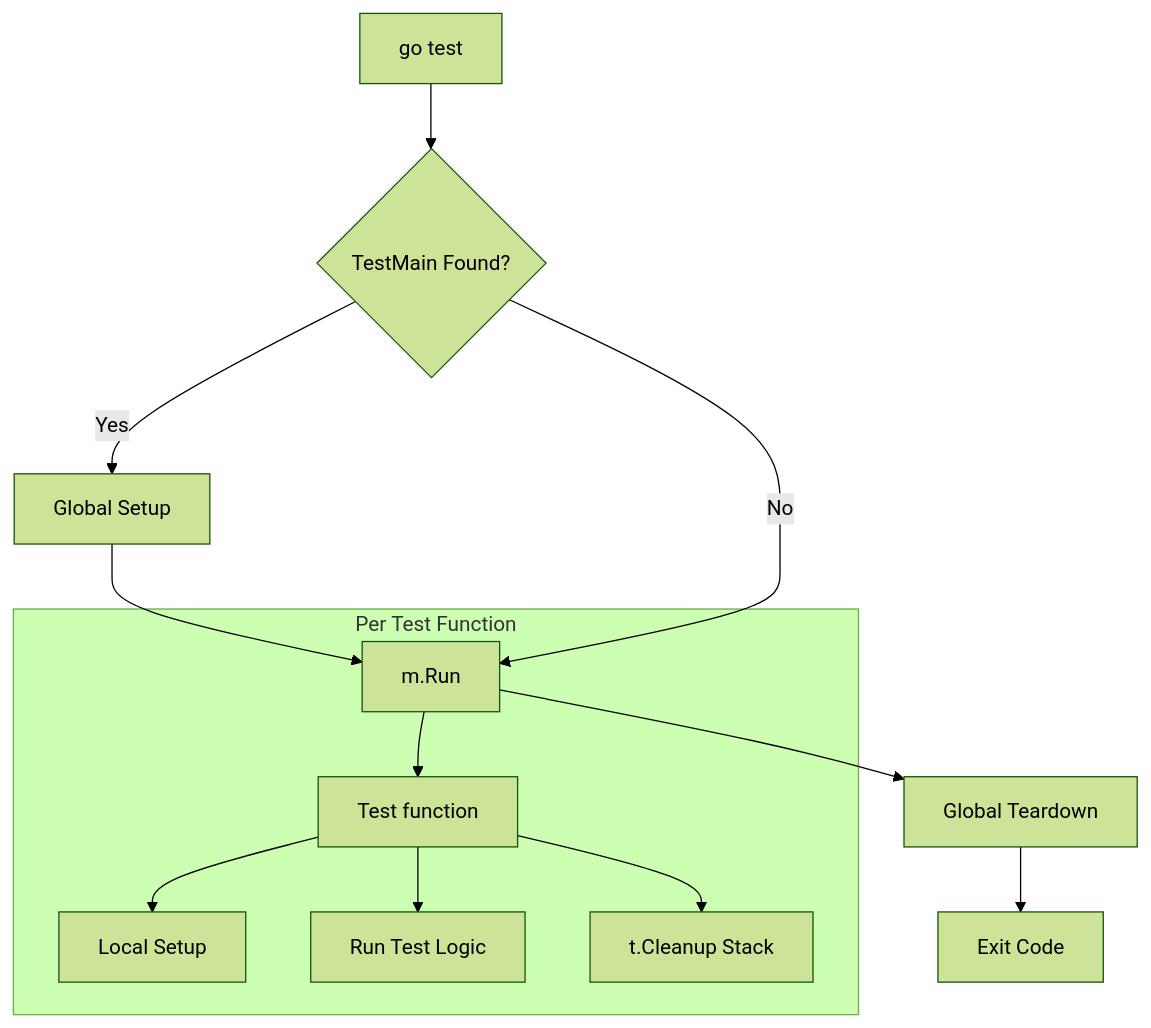
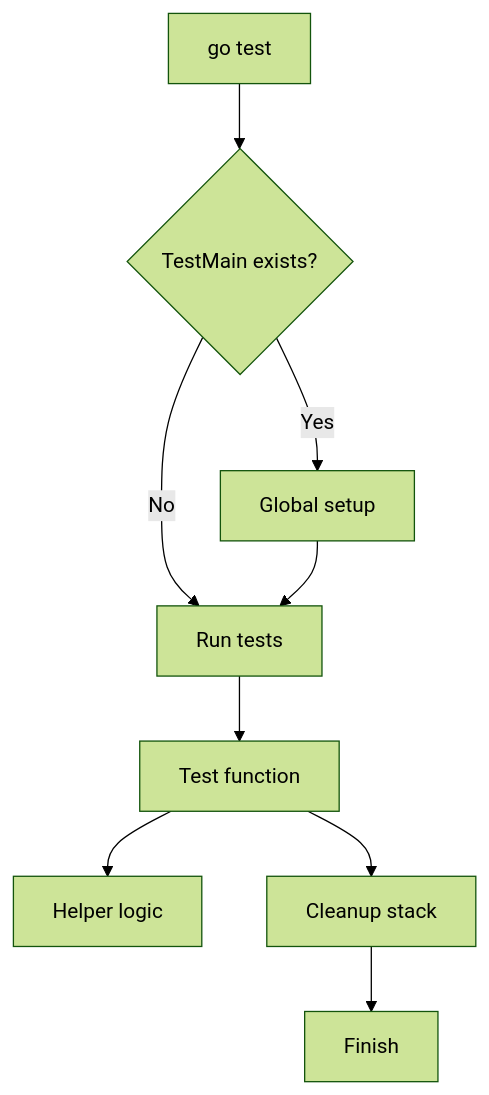
The diagram in RAK-03-evolution/SR-02-testing-quality/BK-01-unit-testing/CH-02-helpers-setup/README.md (syahputrawork98-sketch/Golang-Knowledge-Base), drawn with Mermaid (forest theme) before and after one commit. The commit also changed other lines of this file and 61 other files, not shown here.

````diff
--- a/RAK-03-evolution/SR-02-testing-quality/BK-01-unit-testing/CH-02-helpers-setup/README.md
+++ b/RAK-03-evolution/SR-02-testing-quality/BK-01-unit-testing/CH-02-helpers-setup/README.md
@@ -39,17 +35,11 @@
 ```mermaid
 graph TD
-    Start[go test] --> TM{TestMain Found?}
-    TM -->|Yes| SetupGlobal[Global Setup]
-    SetupGlobal --> RunAll[m.Run]
-    TM -->|No| RunAll
-    
-    subgraph "Per Test Function"
-    RunAll --> Individual[Test function]
-    Individual --> SetupLocal[Local Setup]
-    Individual --> Execution[Run Test Logic]
-    Individual --> Cleanup[t.Cleanup Stack]
-    end
-    
-    RunAll --> TeardownGlobal[Global Teardown]
-    TeardownGlobal --> End[Exit Code]
+    Start[go test] --> Main{TestMain exists?}
+    Main -->|Yes| Setup[Global setup]
+    Main -->|No| Run[Run tests]
+    Setup --> Run
+    Run --> Test[Test function]
+    Test --> Helper[Helper logic]
+    Test --> Cleanup[Cleanup stack]
+    Cleanup --> End[Finish]
 ```
````
